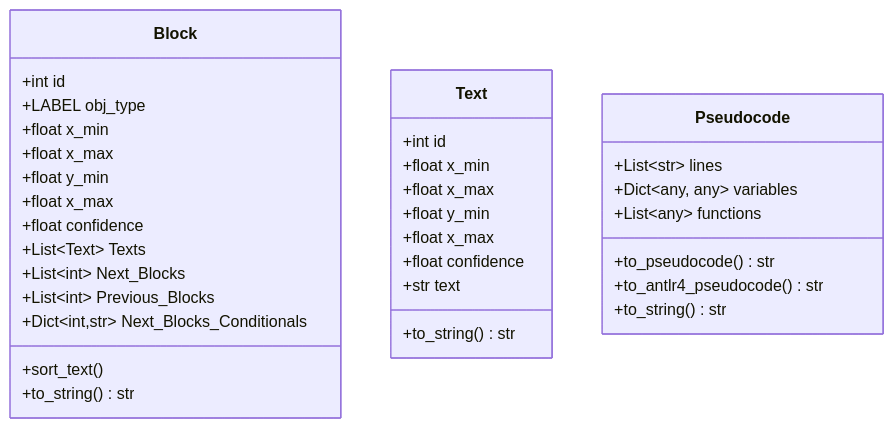
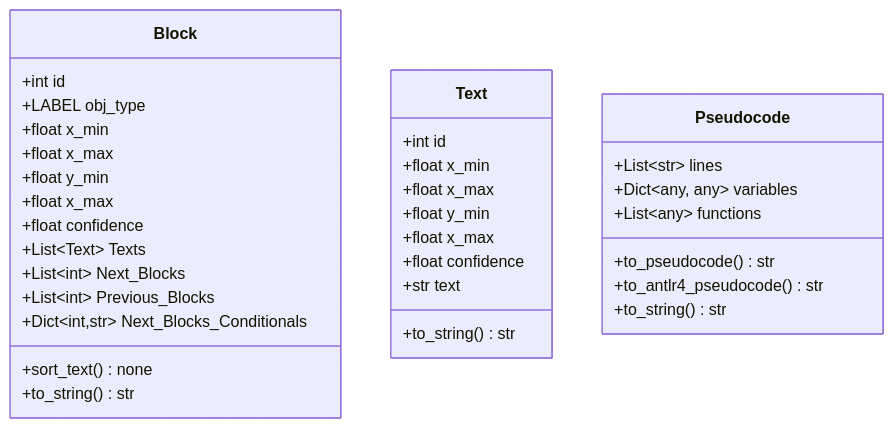
Before and after one commit to alochimpasplum/Sidekick-S-TFG: the first of 3 diagrams in README.md, drawn with Mermaid.

````diff
--- a/README.md
+++ b/README.md
@@ -5,36 +5,36 @@
 ```mermaid
 classDiagram
     class Block
         Block: +int id
         Block: +LABEL obj_type
         Block: +float x_min
         Block: +float x_max
         Block: +float y_min
         Block: +float x_max
         Block: +float confidence
         Block: +List~Text~ Texts
         Block: +List~int~ Next_Blocks
         Block: +List~int~ Previous_Blocks
         Block: +Dict~int,str~ Next_Blocks_Conditionals
-        Block: +sort_text()
+        Block: +sort_text() none
         Block: +to_string() str
       
     class Text
         Text: +int id
         Text: +float x_min
         Text: +float x_max
         Text: +float y_min
         Text: +float x_max
         Text: +float confidence
         Text: +str text
         Text: +to_string() str
     
     class Pseudocode
         Pseudocode: +List~str~ lines
         Pseudocode: +Dict~any, any~ variables
         Pseudocode: +List~any~ functions
         Pseudocode: +to_pseudocode() str
         Pseudocode: +to_antlr4_pseudocode() str
         Pseudocode: +to_string() str
 
 ```
````
